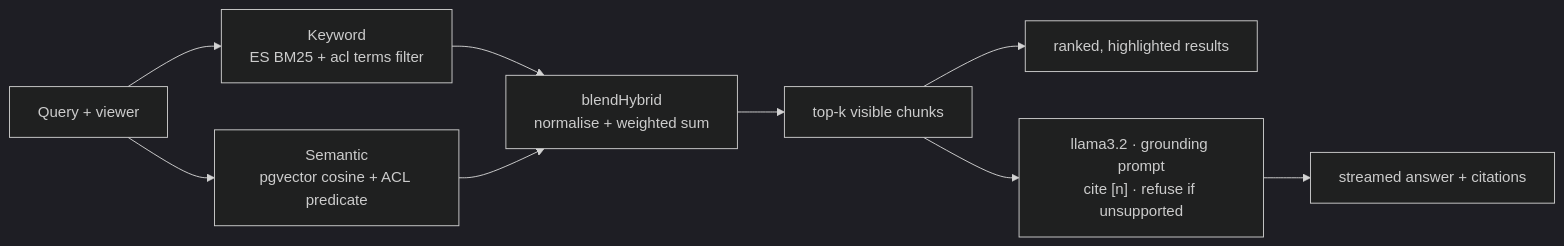
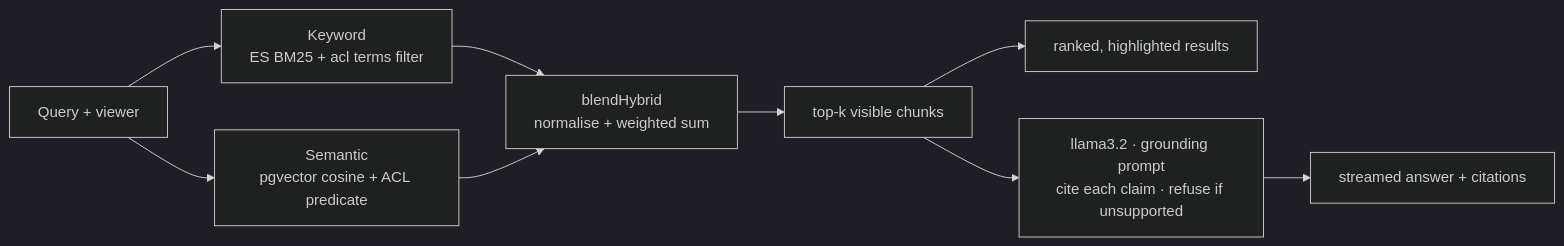
Before and after one commit to JCHETAN26/IndexFlow: the third of 5 diagrams in README.md, drawn with Mermaid (dark theme). The commit also changed other lines of this file, not shown here.

Commit message:
docs: harden mermaid syntax (brackets/ampersand/multi-target edges)

````diff
--- a/README.md
+++ b/README.md
@@ -192,11 +194,11 @@
 ```mermaid
 flowchart LR
     Q["Query + viewer"] --> KW["Keyword<br/>ES BM25 + acl terms filter"]
     Q --> SM["Semantic<br/>pgvector cosine + ACL predicate"]
     KW --> BL["blendHybrid<br/>normalise + weighted sum"]
     SM --> BL
     BL --> TOP["top-k visible chunks"]
     TOP --> RES["ranked, highlighted results"]
-    TOP --> GEN["llama3.2 · grounding prompt<br/>cite [n] · refuse if unsupported"]
+    TOP --> GEN["llama3.2 · grounding prompt<br/>cite each claim · refuse if unsupported"]
     GEN --> ANS["streamed answer + citations"]
 ```
````
